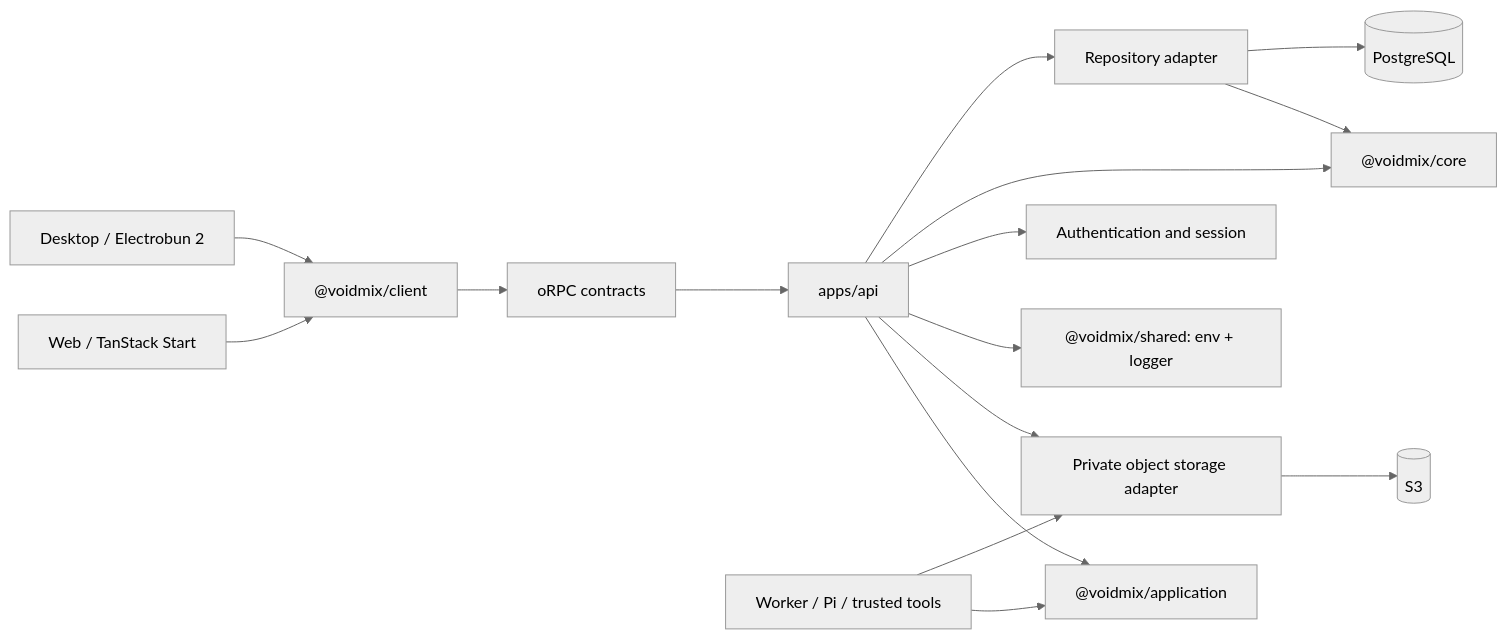
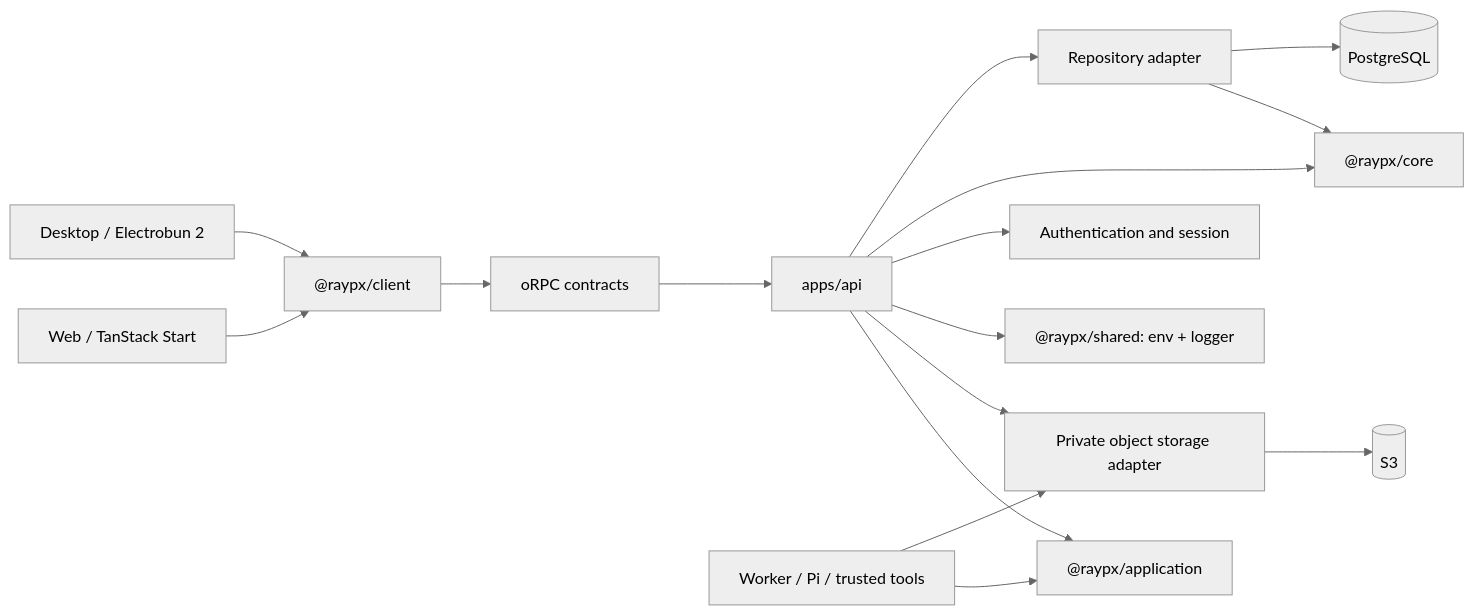
Before and after one commit to raypx/raypx: the diagram in docs/architecture/README.md, drawn with Mermaid (neutral theme). The commit also changed other lines of this file and 467 other files, not shown here.

Commit message:
refactor: rebrand Voidmix as Raypx

````diff
--- a/docs/architecture/README.md
+++ b/docs/architecture/README.md
@@ -22,18 +22,18 @@
 ```mermaid
 flowchart LR
-  web["Web / TanStack Start"] --> client["@voidmix/client"]
+  web["Web / TanStack Start"] --> client["@raypx/client"]
   desktop["Desktop / Electrobun 2"] --> client
   client --> rpc["oRPC contracts"]
   rpc --> api["apps/api"]
-  api --> application["@voidmix/application"]
+  api --> application["@raypx/application"]
   worker["Worker / Pi / trusted tools"] --> application
   api --> storage["Private object storage adapter"]
   worker --> storage
   storage --> objects[("S3")]
-  api --> shared["@voidmix/shared: env + logger"]
+  api --> shared["@raypx/shared: env + logger"]
   api --> auth["Authentication and session"]
-  api --> core["@voidmix/core"]
+  api --> core["@raypx/core"]
   api --> db["Repository adapter"]
   db --> core
   db --> postgres[("PostgreSQL")]
 ```
````
